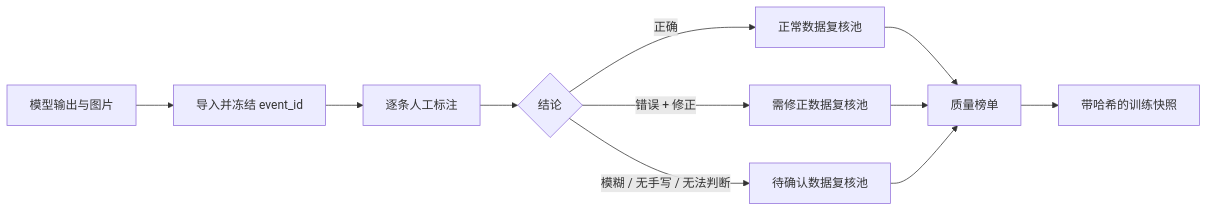
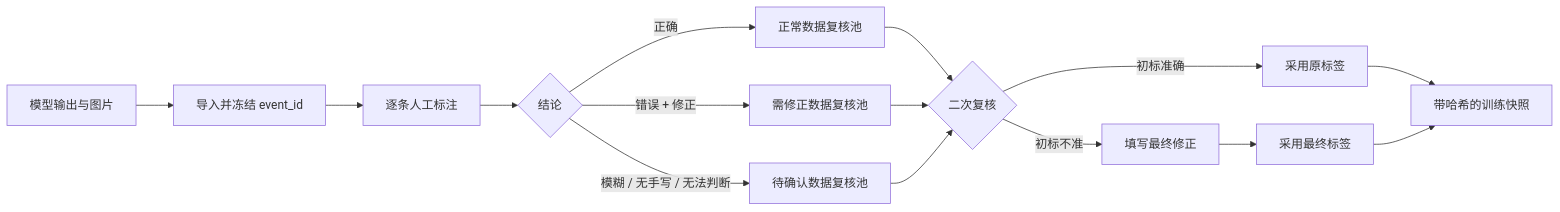
Before and after one commit to znxzsy/human-annotation-platform: the diagram in README.md, drawn with Mermaid. The commit also changed other lines of this file and 10 other files, not shown here.

````diff
--- a/README.md
+++ b/README.md
@@ -71,13 +73,17 @@
 ```mermaid
 flowchart LR
   A[模型输出与图片] --> B[导入并冻结 event_id]
   B --> C[逐条人工标注]
   C --> D{结论}
   D -->|正确| E[正常数据复核池]
   D -->|错误 + 修正| F[需修正数据复核池]
   D -->|模糊 / 无手写 / 无法判断| G[待确认数据复核池]
-  E --> H[质量榜单]
+  E --> H{二次复核}
   F --> H
   G --> H
-  H --> I[带哈希的训练快照]
+  H -->|初标准确| I[采用原标签]
+  H -->|初标不准| J[填写最终修正]
+  J --> K[采用最终标签]
+  I --> L[带哈希的训练快照]
+  K --> L
 ```
````
